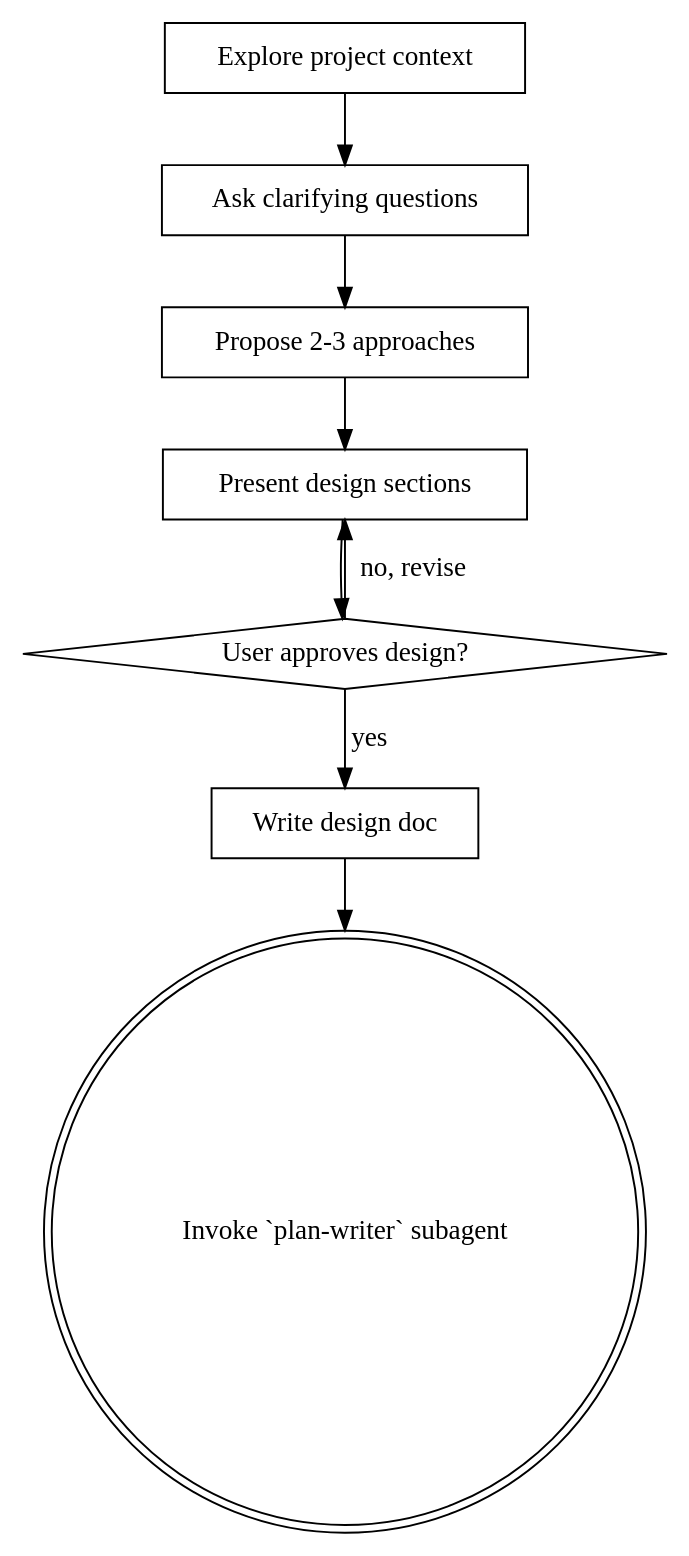
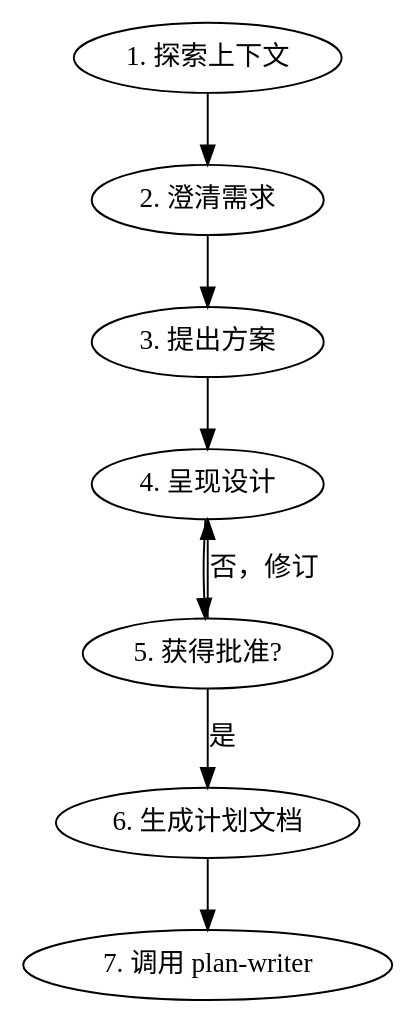
One commit to uglyboy-tl/everything-open-code changed the diagram in agents/plan.md. Above: the diagram before and after it, drawn with Graphviz. The commit also changed other lines of this file and 3 other files, not shown here.

````diff
--- a/agents/plan.md
+++ b/agents/plan.md
@@ -75,19 +45,12 @@
 ```dot
-digraph brainstorming {
-    "Explore project context" [shape=box];
-    "Ask clarifying questions" [shape=box];
-    "Propose 2-3 approaches" [shape=box];
-    "Present design sections" [shape=box];
-    "User approves design?" [shape=diamond];
-    "Write design doc" [shape=box];
-    "Invoke `plan-writer` subagent" [shape=doublecircle];
-
-    "Explore project context" -> "Ask clarifying questions";
-    "Ask clarifying questions" -> "Propose 2-3 approaches";
-    "Propose 2-3 approaches" -> "Present design sections";
-    "Present design sections" -> "User approves design?";
-    "User approves design?" -> "Present design sections" [label="no, revise"];
-    "User approves design?" -> "Write design doc" [label="yes"];
-    "Write design doc" -> "Invoke `plan-writer` subagent";
+digraph planning {
+    rankdir=TB;
+    "1. 探索上下文" -> "2. 澄清需求";
+    "2. 澄清需求" -> "3. 提出方案";
+    "3. 提出方案" -> "4. 呈现设计";
+    "4. 呈现设计" -> "5. 获得批准?" [shape=diamond];
+    "5. 获得批准?" -> "4. 呈现设计" [label="否，修订"];
+    "5. 获得批准?" -> "6. 生成计划文档" [label="是"];
+    "6. 生成计划文档" -> "7. 调用 plan-writer" [shape=doublecircle];
 }
 ```
````
